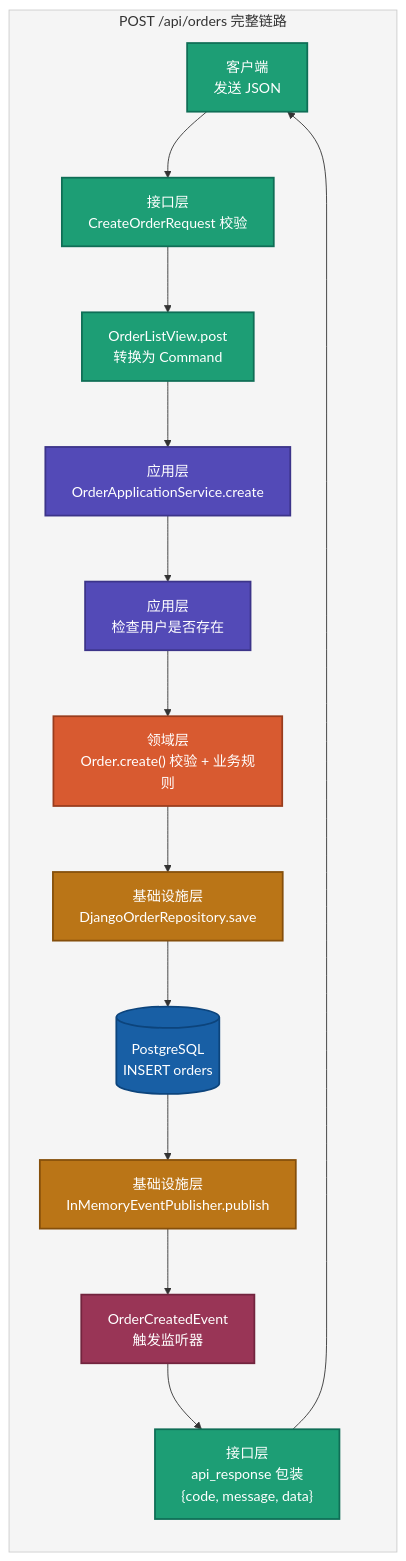
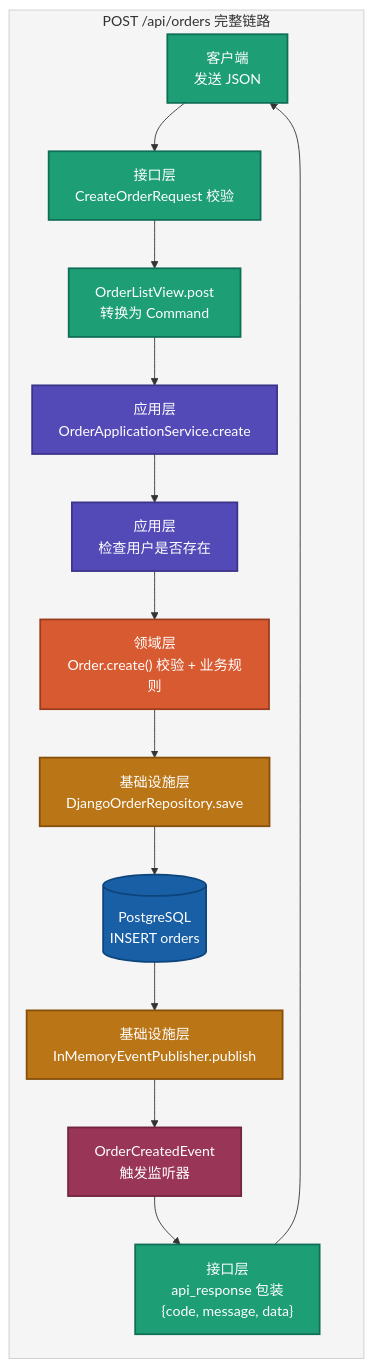
The third of 5 diagrams in practice-projects/django-ddd/Django-DDD-Scaffold.md (microwind/design-patterns), drawn with Mermaid before and after one commit. The commit also changed other lines of this file and 28 other files, not shown here.

````diff
--- a/practice-projects/django-ddd/Django-DDD-Scaffold.md
+++ b/practice-projects/django-ddd/Django-DDD-Scaffold.md
@@ -199,35 +198,36 @@
 ```mermaid
+%%{init: {'flowchart': {'nodeSpacing': 20, 'rankSpacing': 30}}}%%
 flowchart TB
     subgraph Flow["POST /api/orders 完整链路"]
         direction TB
         C["客户端<br/>发送 JSON"] --> V["接口层<br/>CreateOrderRequest 校验"]
         V --> Ctrl["OrderListView.post<br/>转换为 Command"]
         Ctrl --> App["应用层<br/>OrderApplicationService.create"]
         App --> Check["应用层<br/>检查用户是否存在"]
         Check --> Agg["领域层<br/>Order.create() 校验 + 业务规则"]
         Agg --> Repo["基础设施层<br/>DjangoOrderRepository.save"]
         Repo --> DB[("PostgreSQL<br/>INSERT orders")]
         DB --> Pub["基础设施层<br/>InMemoryEventPublisher.publish"]
         Pub --> Event["OrderCreatedEvent<br/>触发监听器"]
         Event --> Resp["接口层<br/>api_response 包装<br/>{code, message, data}"]
         Resp --> C
     end
 
     classDef client fill:#1D9E75,stroke:#0F6E56,color:#ffffff,stroke-width:2px
     classDef if fill:#1D9E75,stroke:#0F6E56,color:#ffffff,stroke-width:2px
     classDef app fill:#534AB7,stroke:#3C3489,color:#ffffff,stroke-width:2px
     classDef domain fill:#D85A30,stroke:#993C1D,color:#ffffff,stroke-width:2px
     classDef infra fill:#BA7517,stroke:#854F0B,color:#ffffff,stroke-width:2px
     classDef db fill:#185FA5,stroke:#0C447C,color:#ffffff,stroke-width:2px
     classDef event fill:#993556,stroke:#72243E,color:#ffffff,stroke-width:2px
 
     class C client
     class V,Ctrl,Resp if
     class App,Check app
     class Agg domain
     class Repo,Pub infra
     class DB db
     class Event event
 
     style Flow fill:#F5F5F5,stroke:#CCCCCC,color:#333333
 ```
````
